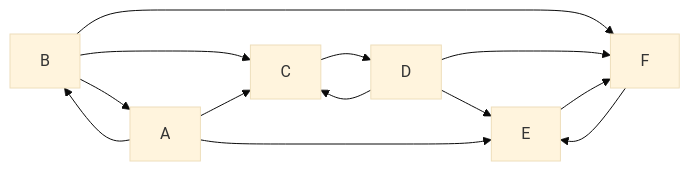
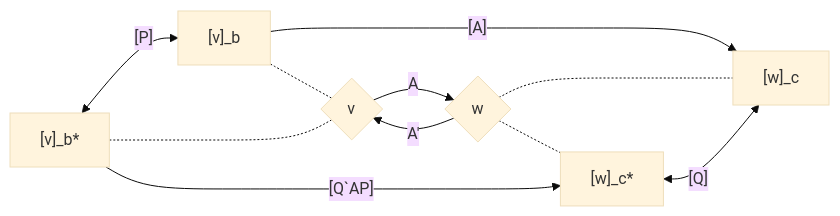
The diagram in Lecture Notes/Linear Transformations.md (ozgurgulsuna/EE501-LinearSystemsTheory), drawn with Mermaid (base theme) before and after one commit. The commit also changed 2 other files, not shown here.

Commit message:
[Range and Null Space] finished on rank and nullity

````diff
--- a/Lecture Notes/Linear Transformations.md
+++ b/Lecture Notes/Linear Transformations.md
@@ -269,25 +269,22 @@
 ```mermaid
 flowchart LR
 
 
-B & A --> C
+B["[v]_b"] & A["[v]_b*"] -.- C{"v"}
 
-B --> F
+B --[A]--> F
 
-C --> D
-D --> C
+C --A--> D{"w"}
+D --A'--> C
 
-D --> E & F
+D -.- E["[w]_c*"] & F["[w]_c"]
 
-A --> E 
+A --[Q`AP]--> E 
 
 
-A --> B
-B --> A
+A <--[P]--> B
 
-
-E --> F
-F --> E
+E <--[Q]--> F
 
 
 ```
````
